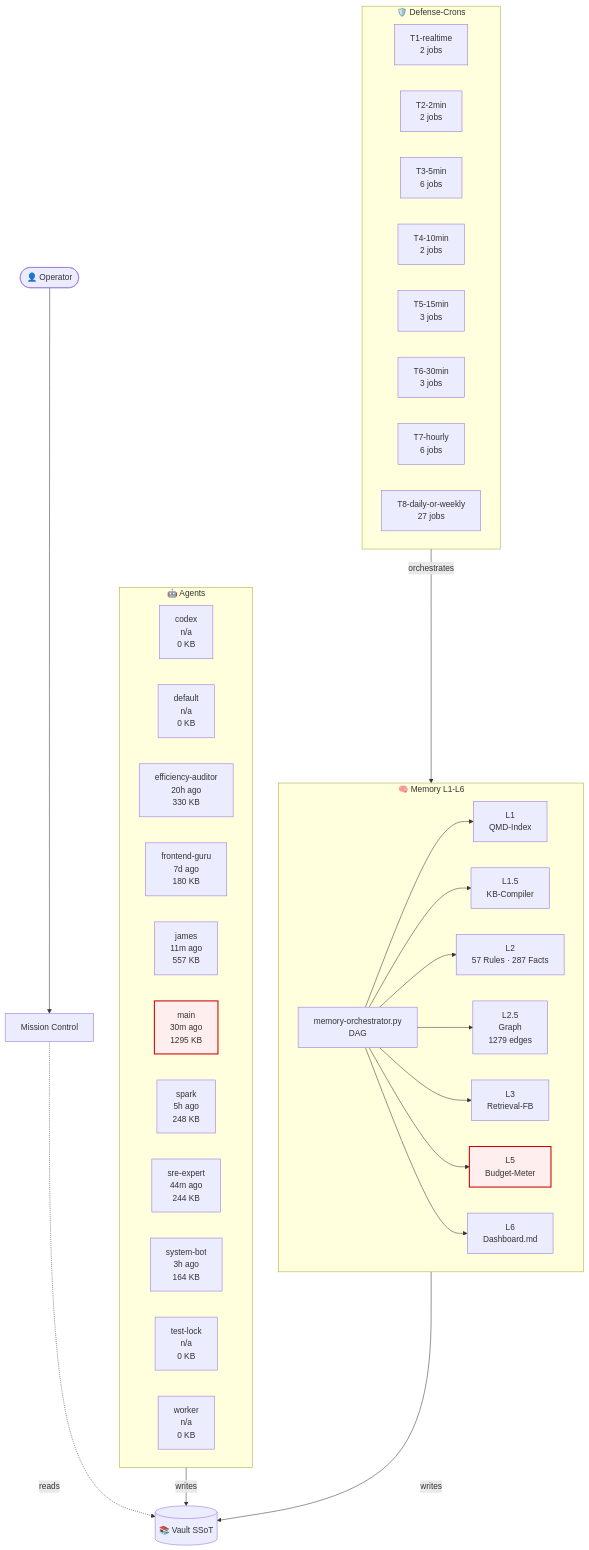
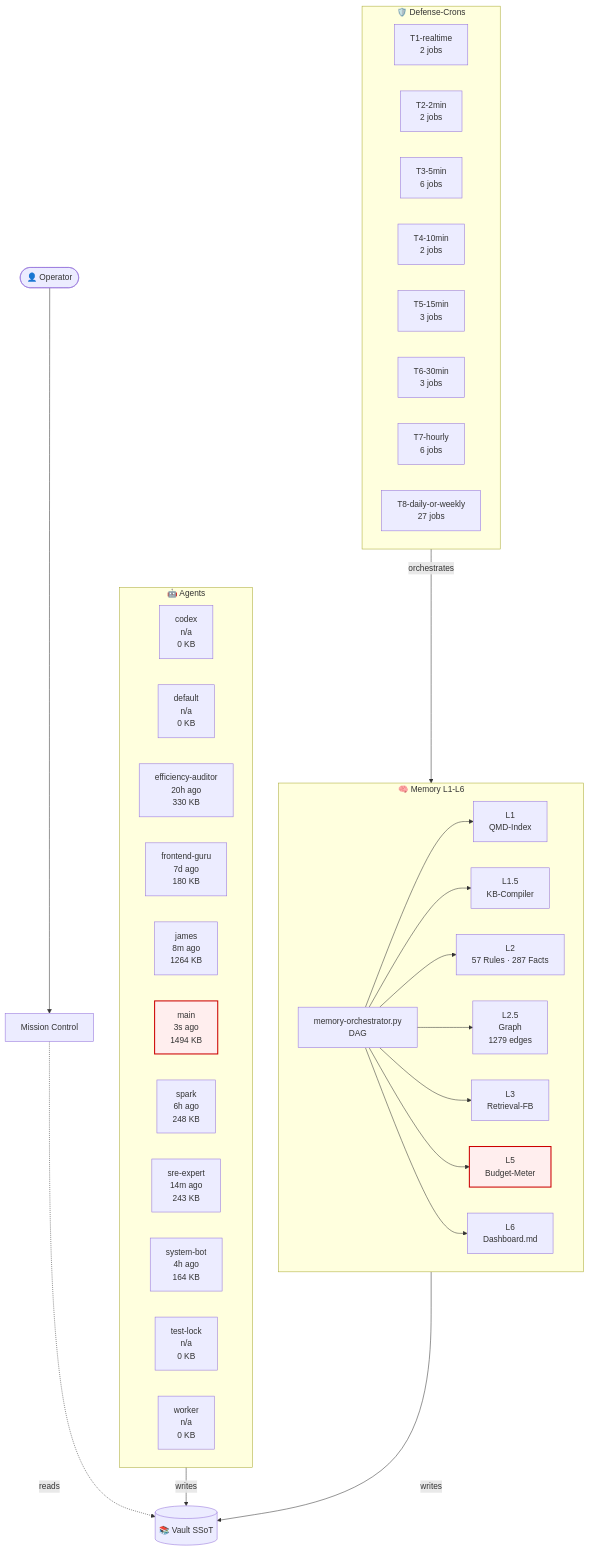
Before and after one commit to lenardhuebner88-rgb/openclaw-memory: the diagram in 03-Agents/architecture-live.md, drawn with Mermaid. The commit also changed other lines of this file and 13 other files, not shown here.

````diff
--- a/03-Agents/architecture-live.md
+++ b/03-Agents/architecture-live.md
@@ -18,54 +18,54 @@
 ```mermaid
 flowchart TB
     classDef critical fill:#fee,stroke:#c00,stroke-width:2px;
     subgraph AGT["🤖 Agents"]
         agent_codex["codex<br/>n/a<br/>0 KB"]
         agent_default["default<br/>n/a<br/>0 KB"]
         agent_efficiency_auditor["efficiency-auditor<br/>20h ago<br/>330 KB"]
         agent_frontend_guru["frontend-guru<br/>7d ago<br/>180 KB"]
-        agent_james["james<br/>11m ago<br/>557 KB"]
-        agent_main["main<br/>30m ago<br/>1295 KB"]
-        agent_spark["spark<br/>5h ago<br/>248 KB"]
-        agent_sre_expert["sre-expert<br/>44m ago<br/>244 KB"]
-        agent_system_bot["system-bot<br/>3h ago<br/>164 KB"]
+        agent_james["james<br/>8m ago<br/>1264 KB"]
+        agent_main["main<br/>3s ago<br/>1494 KB"]
+        agent_spark["spark<br/>6h ago<br/>248 KB"]
+        agent_sre_expert["sre-expert<br/>14m ago<br/>243 KB"]
+        agent_system_bot["system-bot<br/>4h ago<br/>164 KB"]
         agent_test_lock["test-lock<br/>n/a<br/>0 KB"]
         agent_worker["worker<br/>n/a<br/>0 KB"]
     end
     subgraph MEM["🧠 Memory L1-L6"]
         L1["L1<br/>QMD-Index"]
         L15["L1.5<br/>KB-Compiler"]
         L2["L2<br/>57 Rules · 287 Facts"]
         L25["L2.5<br/>Graph<br/>1279 edges"]
         L3["L3<br/>Retrieval-FB"]
         L5["L5<br/>Budget-Meter"]
         L6["L6<br/>Dashboard.md"]
         ORCH["memory-orchestrator.py<br/>DAG"]
     end
     subgraph CRN["🛡️ Defense-Crons"]
         tier_T1_realtime["T1-realtime<br/>2 jobs"]
         tier_T2_2min["T2-2min<br/>2 jobs"]
         tier_T3_5min["T3-5min<br/>6 jobs"]
         tier_T4_10min["T4-10min<br/>2 jobs"]
         tier_T5_15min["T5-15min<br/>3 jobs"]
         tier_T6_30min["T6-30min<br/>3 jobs"]
         tier_T7_hourly["T7-hourly<br/>6 jobs"]
         tier_T8_daily_or_weekly["T8-daily-or-weekly<br/>27 jobs"]
     end
     VAULT[("📚 Vault SSoT")]
     OP([👤 Operator])
     MC["Mission Control"]
     OP --> MC
     MC -.reads.-> VAULT
     AGT -->|writes| VAULT
     MEM -->|writes| VAULT
     ORCH --> L1
     ORCH --> L15
     ORCH --> L2
     ORCH --> L25
     ORCH --> L3
     ORCH --> L5
     ORCH --> L6
     CRN -->|orchestrates| MEM
     class L5 critical
     class agent_main critical
 ```
````
